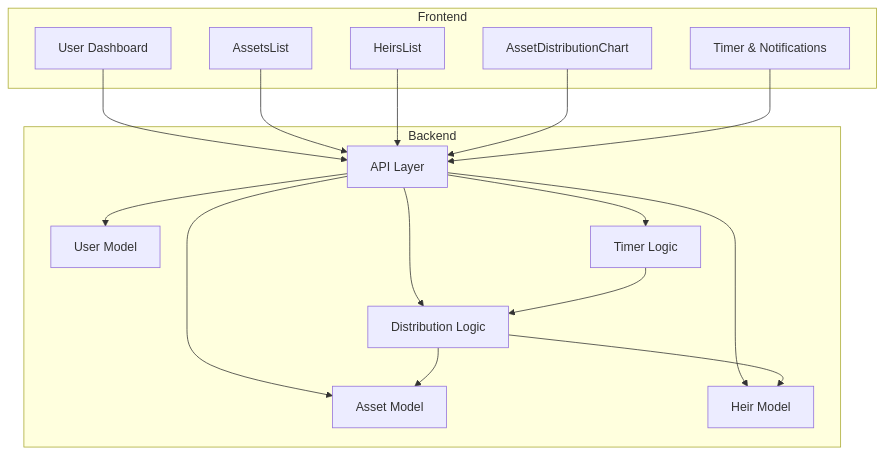
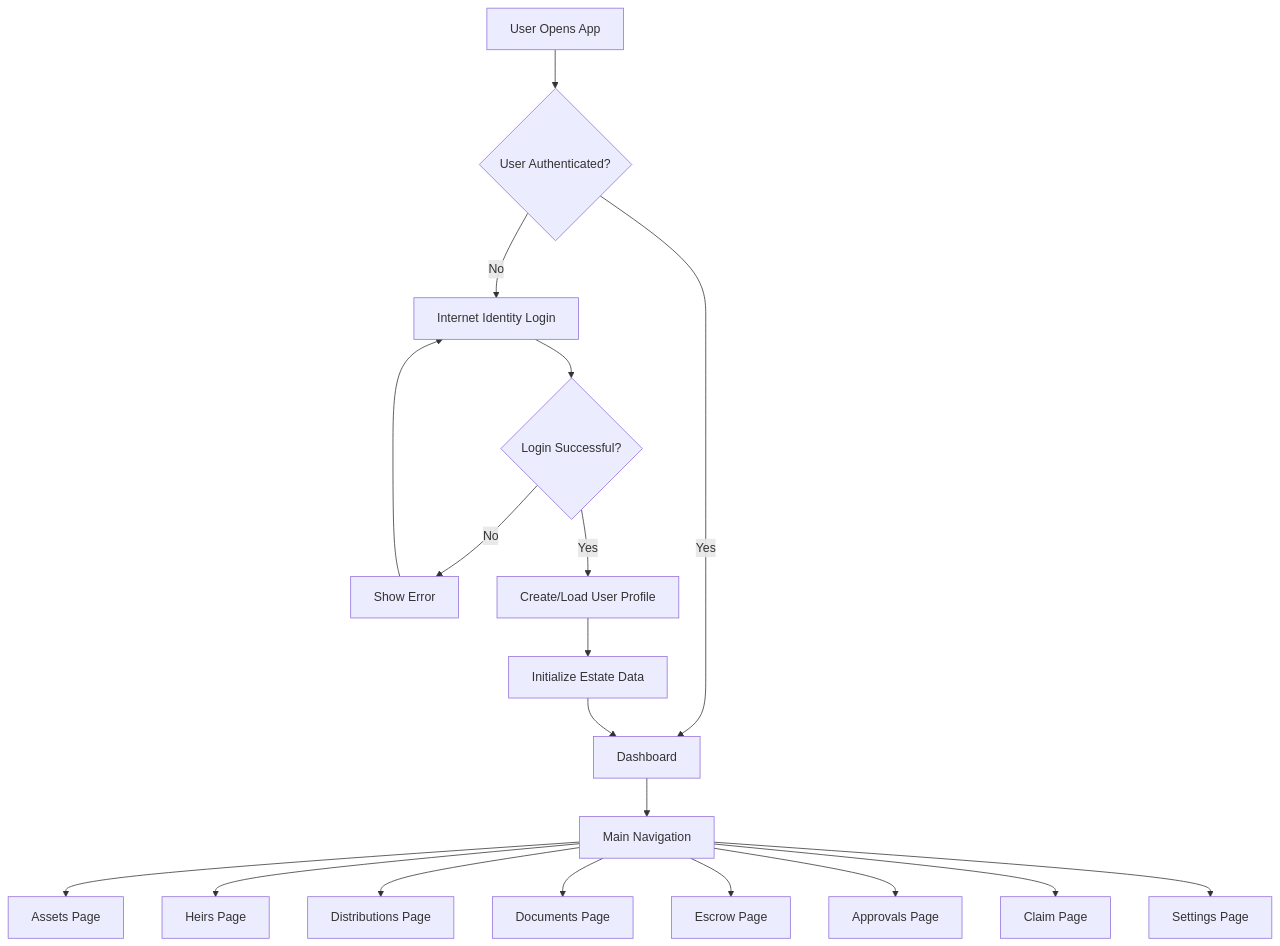
The diagram in README.md (MrAech/InheritNext), drawn with Mermaid before and after one commit. The commit also changed other lines of this file and 1 other file, not shown here.

Commit message:
docs: update README with architecture, developer quickstart and link to APP FLOW; add/update APP FLOW diagrams (mermaid more tbh)

````diff
--- a/README.md
+++ b/README.md
@@ -7,31 +35,21 @@
 ```mermaid
-flowchart TD
-    subgraph Frontend
-        A[User Dashboard]
-        B[AssetsList]
-        C[HeirsList]
-        D[AssetDistributionChart]
-        E[Timer & Notifications]
-    end
-    subgraph Backend
-        F[API Layer]
-        G[User Model]
-        H[Asset Model]
-        I[Heir Model]
-        J[Distribution Logic]
-        K[Timer Logic]
-    end
-    A --> F
-    B --> F
-    C --> F
-    D --> F
-    E --> F
-    F --> G
-    F --> H
-    F --> I
-    F --> J
-    F --> K
-    J --> H
-    J --> I
-    K --> J
+graph TD
+    A[User Opens App] --> B{User Authenticated?}
+    B -->|No| C[Internet Identity Login]
+    B -->|Yes| D[Dashboard]
+    C --> E{Login Successful?}
+    E -->|No| F[Show Error]
+    E -->|Yes| G[Create/Load User Profile]
+    F --> C
+    G --> H[Initialize Estate Data]
+    H --> D
+    D --> I[Main Navigation]
+    I --> J[Assets Page]
+    I --> K[Heirs Page]
+    I --> L[Distributions Page]
+    I --> M[Documents Page]
+    I --> N[Escrow Page]
+    I --> O[Approvals Page]
+    I --> P[Claim Page]
+    I --> Q[Settings Page]
 ```
````
